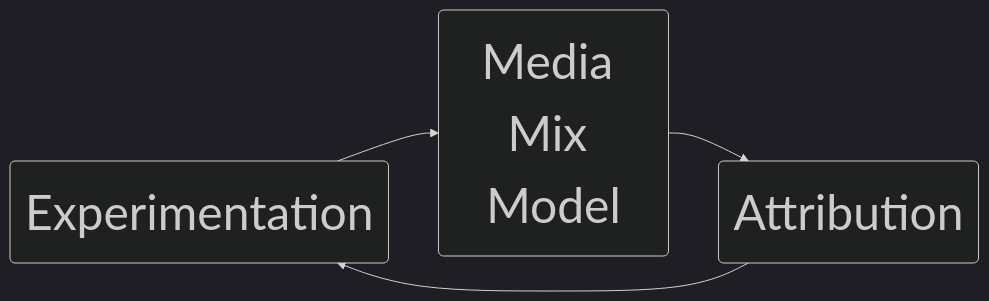
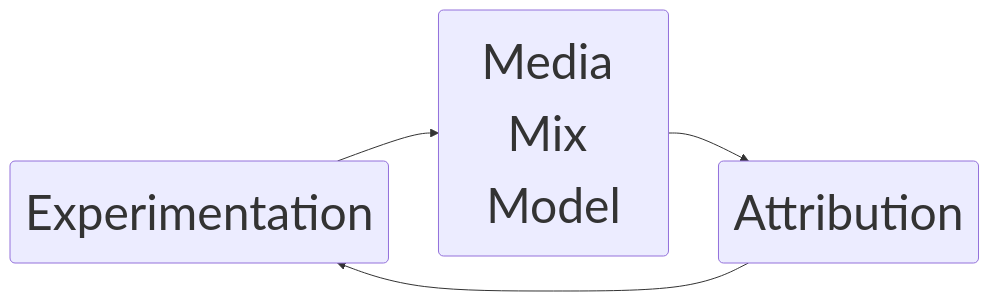
Before and after one commit to juanitorduz/website_projects: the third of 4 diagrams in Presentations/marketing_bayes_webinar/marketing_bayes.qmd, drawn with Mermaid. The commit also changed other lines of this file and 3 other files, not shown here.

````diff
--- a/Presentations/marketing_bayes_webinar/marketing_bayes.qmd
+++ b/Presentations/marketing_bayes_webinar/marketing_bayes.qmd
@@ -141,10 +142,10 @@
 ```{mermaid}
 %%| fig-height: 2
 %%| fig-width: 10
 %%| fig-align: "center"
-%%{init: {"theme": "dark", "themeVariables": {"fontSize": "48px"}, "flowchart":{"htmlLabels":false}}}%%
+%%{init: {"theme": "white", "themeVariables": {"fontSize": "48px"}, "flowchart":{"htmlLabels":false}}}%%
 flowchart LR
   Experimentation("Experimentation") --> MMM("Media Mix Model")
   MMM --> Attribution("Attribution")
   Attribution --> Experimentation
 ```
````
